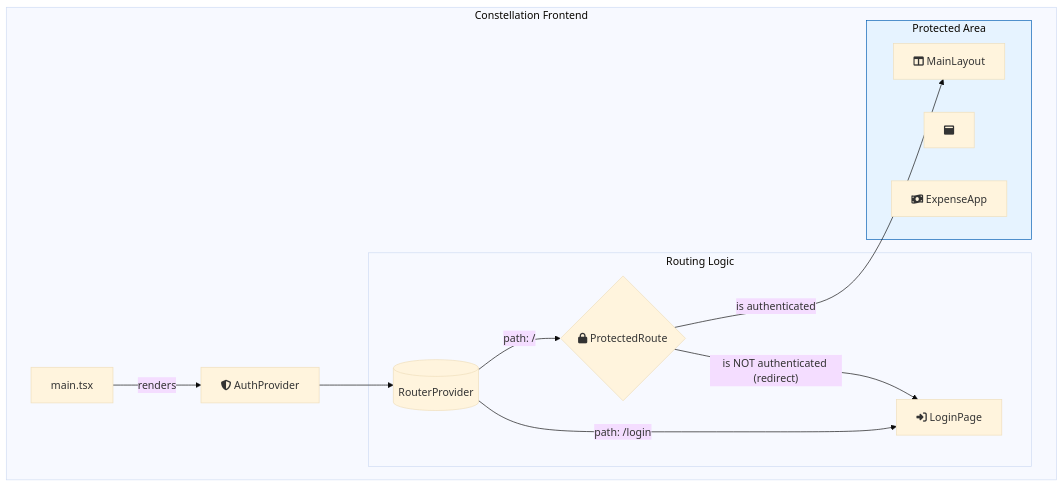
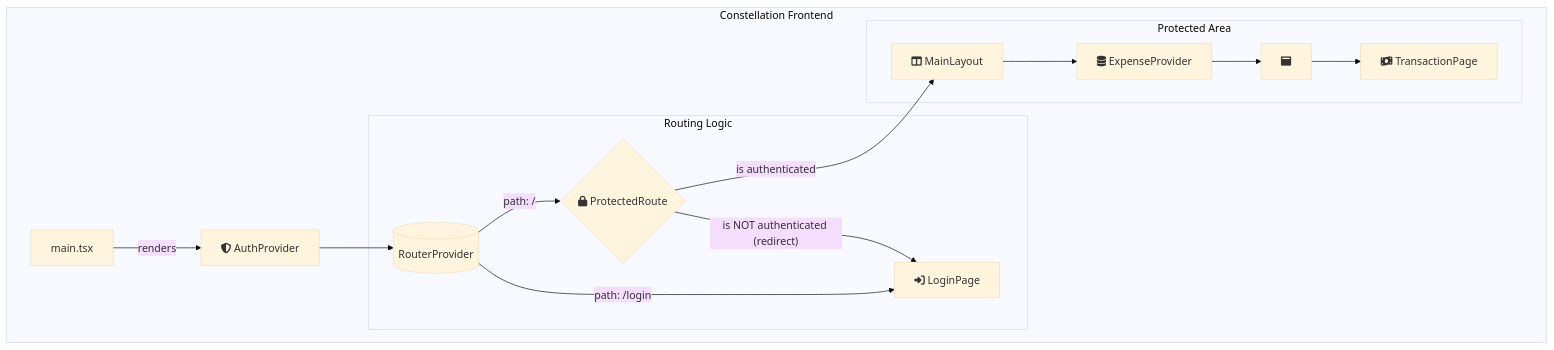
Before and after one commit to YenChengLai/constellation-frontend: the diagram in README.md, drawn with Mermaid (base theme). The commit also changed other lines of this file and 5 other files, not shown here.

````diff
--- a/README.md
+++ b/README.md
@@ -48,26 +50,26 @@
 ```mermaid
 graph TD
     subgraph "Constellation Frontend"
         APP["main.tsx"] -->|renders| AUTH_PROVIDER["fa:fa-shield-alt AuthProvider"]
         
         AUTH_PROVIDER --> ROUTER[("RouterProvider")]
 
         subgraph "Routing Logic"
             ROUTER -->|path: /| PROTECTED{"fa:fa-lock ProtectedRoute"}
             ROUTER -->|path: /login| LOGIN_PAGE["fa:fa-right-to-bracket LoginPage"]
         end
 
-        subgraph PROTECTED_AREA ["Protected Area"]
+        subgraph "Protected Area"
             LAYOUT["fa:fa-columns MainLayout"]
+            EXPENSE_PROVIDER["fa:fa-database ExpenseProvider"]
             OUTLET["fa:fa-window-maximize <Outlet/>"]
-            EXPENSE_APP["fa:fa-money-bill-wave ExpenseApp"]
+            TRANSACTION_PAGE["fa:fa-money-bill-wave TransactionPage"]
         end
-        
-        style PROTECTED_AREA fill:#e6f3ff,stroke:#005cb3
 
-        PROTECTED -- "is authenticated" --> LAYOUT
-        
-        %% This is the corrected line:
-        PROTECTED -->|"is NOT authenticated (redirect)"| LOGIN_PAGE
+        PROTECTED -- is authenticated --> LAYOUT
+        PROTECTED -- "is NOT authenticated (redirect)" --> LOGIN_PAGE
+        LAYOUT --> EXPENSE_PROVIDER
+        EXPENSE_PROVIDER --> OUTLET
+        OUTLET --> TRANSACTION_PAGE
     end
 ```
````
